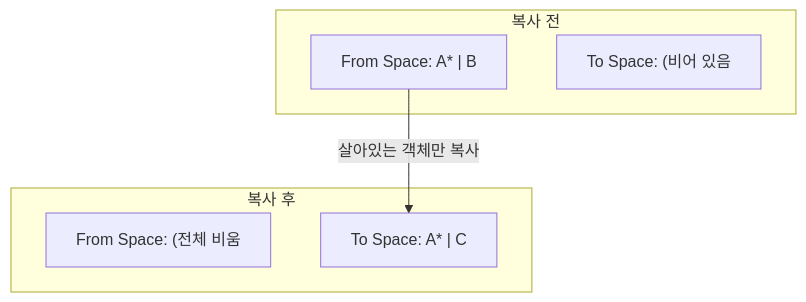
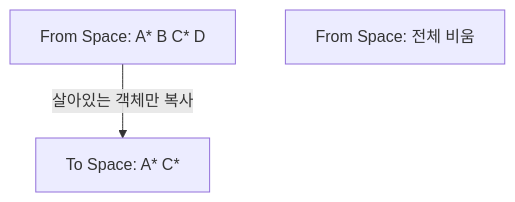
Before and after one commit to yjkim2015/yjkim2015.github.io: the fifth of 29 diagrams in _posts/java/2026-05-01-java-garbage-collector.md, drawn with Mermaid. The commit also changed other lines of this file and 155 other files, not shown here.

First line of the commit message:
Mermaid 전면 수정: subgraph 제거, participant/노드/줄수 축소 (342블록)

````diff
--- a/_posts/java/2026-05-01-java-garbage-collector.md
+++ b/_posts/java/2026-05-01-java-garbage-collector.md
@@ -106,12 +104,5 @@
 ```mermaid
 graph TD
-    subgraph "복사 전"
-        FROM1["From Space: A* | B"]
-        TO1["To Space:   (비어 있음"]
-    end
-    subgraph "복사 후"
-        FROM2["From Space: (전체 비움"]
-        TO2["To Space:   A* | C"]
-    end
-    FROM1 -->|"살아있는 객체만 복사"| TO2
+    FROM1["From Space: A* B C* D"] -->|"살아있는 객체만 복사"| TO2["To Space: A* C*"]
+    FROM2["From Space: 전체 비움"]
 ```
````
